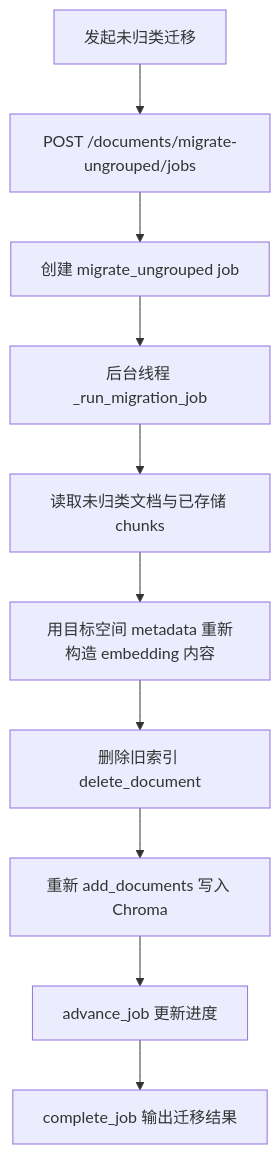
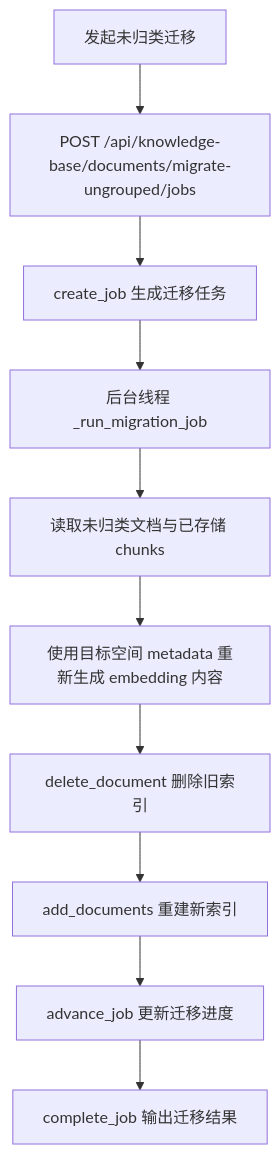
Before and after one commit to emotion-exit/rag-agent: the fourth of 7 diagrams in docs/项目执行流程分析.md, drawn with Mermaid. The commit also changed other lines of this file and 3 other files, not shown here.

````diff
--- a/docs/项目执行流程分析.md
+++ b/docs/项目执行流程分析.md
@@ -308,12 +282,12 @@
 ```mermaid
 flowchart TD
-  A["发起未归类迁移"] --> B["POST /documents/migrate-ungrouped/jobs"]
-  B --> C["创建 migrate_ungrouped job"]
+  A["发起未归类迁移"] --> B["POST /api/knowledge-base/documents/migrate-ungrouped/jobs"]
+  B --> C["create_job 生成迁移任务"]
   C --> D["后台线程 _run_migration_job"]
   D --> E["读取未归类文档与已存储 chunks"]
-  E --> F["用目标空间 metadata 重新构造 embedding 内容"]
-  F --> G["删除旧索引 delete_document"]
-  G --> H["重新 add_documents 写入 Chroma"]
-  H --> I["advance_job 更新进度"]
+  E --> F["使用目标空间 metadata 重新生成 embedding 内容"]
+  F --> G["delete_document 删除旧索引"]
+  G --> H["add_documents 重建新索引"]
+  H --> I["advance_job 更新迁移进度"]
   I --> J["complete_job 输出迁移结果"]
 ```
````
